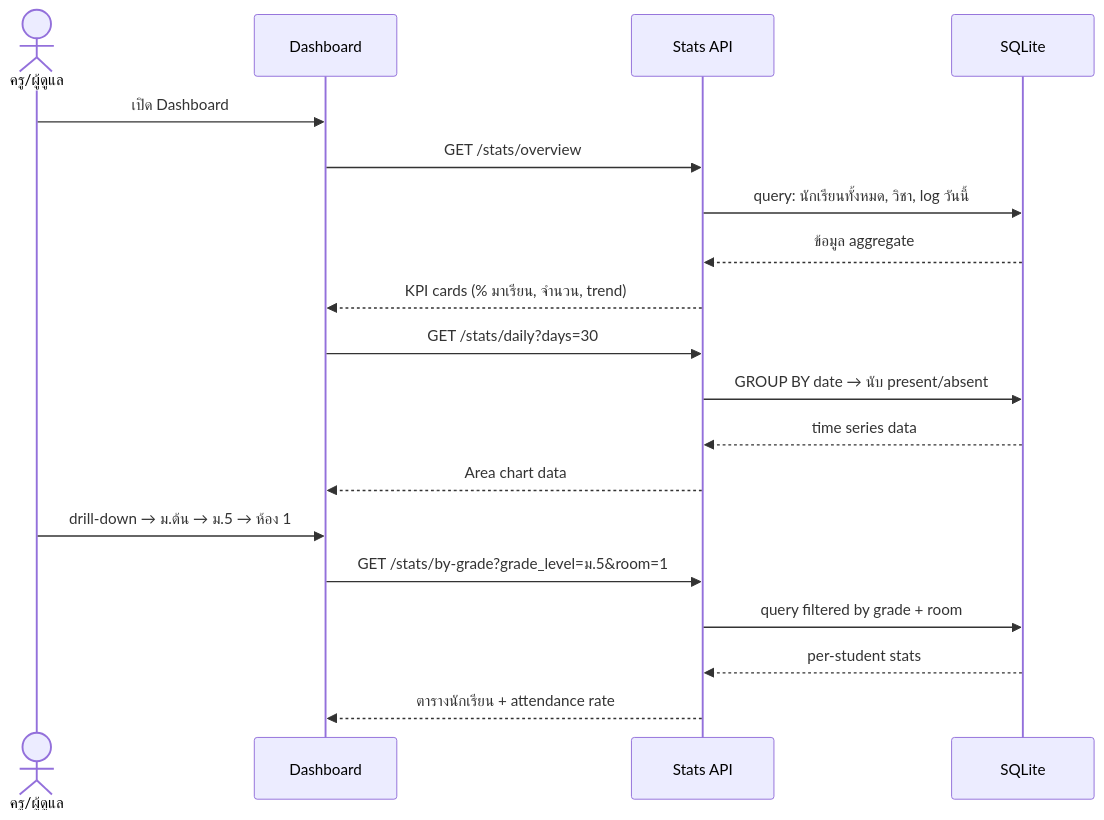
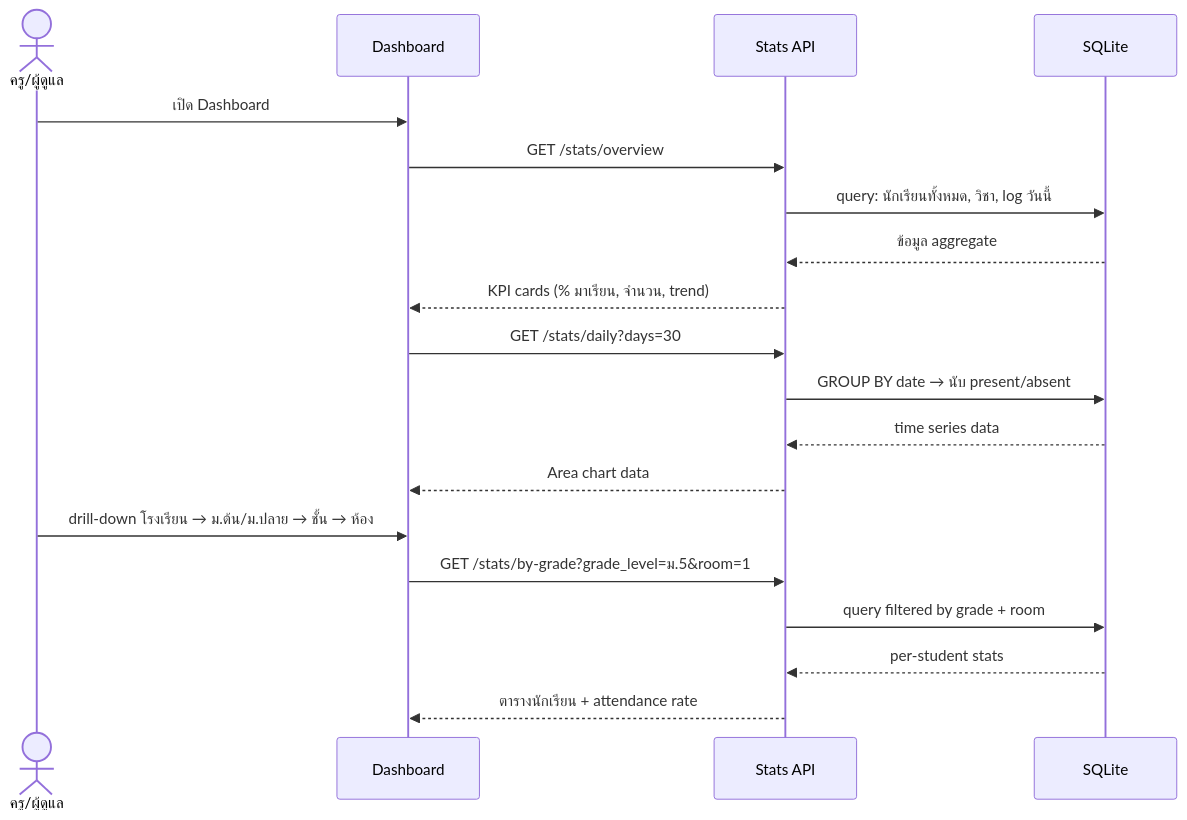
The seventh of 7 diagrams in SYSTEM_OVERVIEW.md (jxmyfr/FaceCheck), drawn with Mermaid before and after one commit. The commit also changed other lines of this file, not shown here.

````diff
--- a/SYSTEM_OVERVIEW.md
+++ b/SYSTEM_OVERVIEW.md
@@ -280,24 +348,24 @@
 ```mermaid
 sequenceDiagram
     actor ครู/ผู้ดูแล
     participant FE as Dashboard
     participant BE as Stats API
     participant DB as SQLite
 
     ครู/ผู้ดูแล->>FE: เปิด Dashboard
     FE->>BE: GET /stats/overview
     BE->>DB: query: นักเรียนทั้งหมด, วิชา, log วันนี้
     DB-->>BE: ข้อมูล aggregate
     BE-->>FE: KPI cards (% มาเรียน, จำนวน, trend)
 
     FE->>BE: GET /stats/daily?days=30
     BE->>DB: GROUP BY date → นับ present/absent
     DB-->>BE: time series data
     BE-->>FE: Area chart data
 
-    ครู/ผู้ดูแล->>FE: drill-down → ม.ต้น → ม.5 → ห้อง 1
+    ครู/ผู้ดูแล->>FE: drill-down โรงเรียน → ม.ต้น/ม.ปลาย → ชั้น → ห้อง
     FE->>BE: GET /stats/by-grade?grade_level=ม.5&room=1
     BE->>DB: query filtered by grade + room
     DB-->>BE: per-student stats
     BE-->>FE: ตารางนักเรียน + attendance rate
 ```
````
